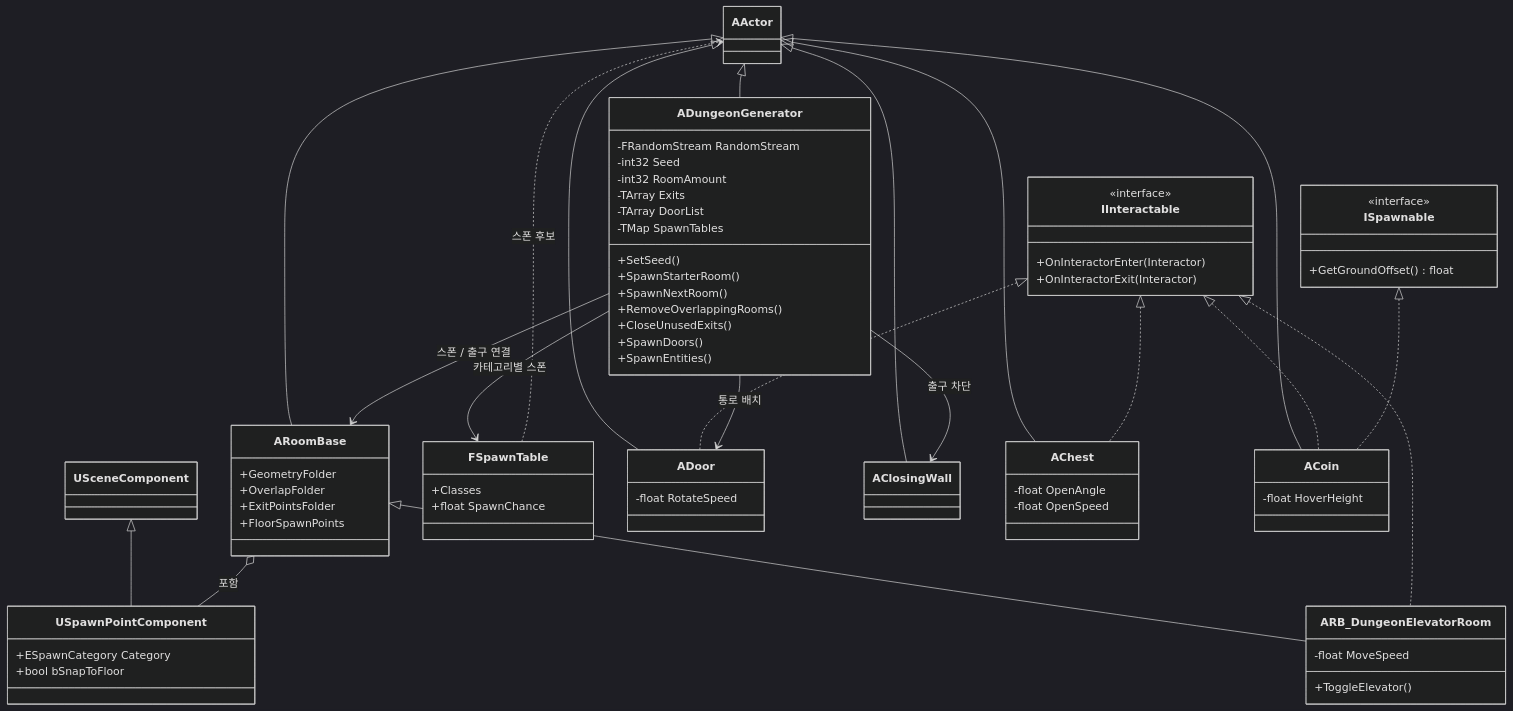
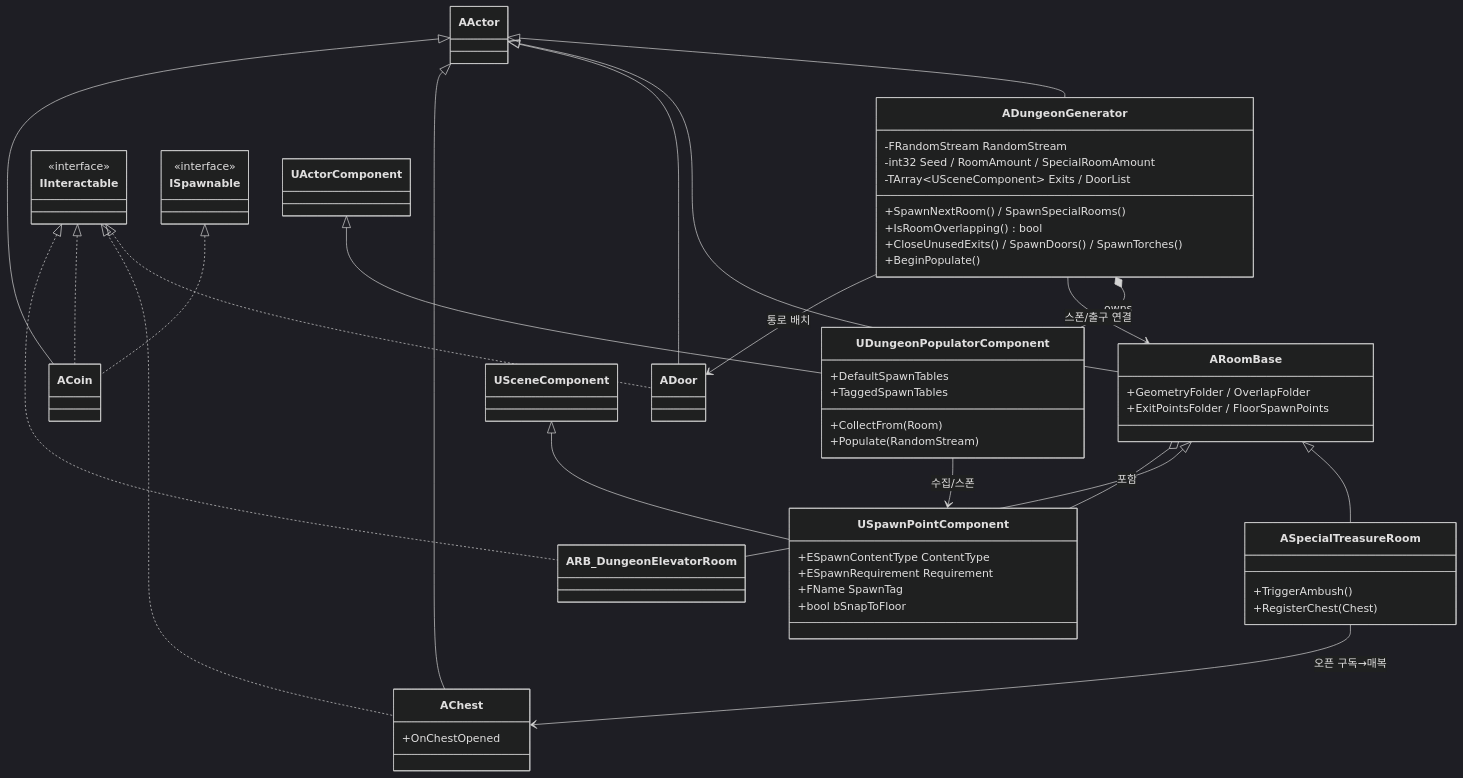
The first of 2 diagrams in README.md (Will-Big/AbyssGen), drawn with Mermaid (dark theme) before and after one commit. The commit also changed other lines of this file, not shown here.

First line of the commit message:
README를 현재 전투·몬스터·함정·Populator 구조로 갱신

````diff
--- a/README.md
+++ b/README.md
@@ -124,73 +196,51 @@
 ```mermaid
 classDiagram
-    class AActor
-    class USceneComponent
-
-    class IInteractable {
-        <<interface>>
-        +OnInteractorEnter(Interactor)
-        +OnInteractorExit(Interactor)
-    }
-    class ISpawnable {
-        <<interface>>
-        +GetGroundOffset() float
-    }
-
     class ADungeonGenerator {
         -FRandomStream RandomStream
-        -int32 Seed
-        -int32 RoomAmount
-        -TArray Exits
-        -TArray DoorList
-        -TMap SpawnTables
-        +SetSeed()
-        +SpawnStarterRoom()
-        +SpawnNextRoom()
-        +RemoveOverlappingRooms()
-        +CloseUnusedExits()
-        +SpawnDoors()
-        +SpawnEntities()
+        -int32 Seed / RoomAmount / SpecialRoomAmount
+        -TArray~USceneComponent~ Exits / DoorList
+        +SpawnNextRoom() / SpawnSpecialRooms()
+        +IsRoomOverlapping() bool
+        +CloseUnusedExits() / SpawnDoors() / SpawnTorches()
+        +BeginPopulate()
     }
-
+    class UDungeonPopulatorComponent {
+        +DefaultSpawnTables
+        +TaggedSpawnTables
+        +CollectFrom(Room)
+        +Populate(RandomStream)
+    }
     class ARoomBase {
-        +GeometryFolder
-        +OverlapFolder
-        +ExitPointsFolder
-        +FloorSpawnPoints
+        +GeometryFolder / OverlapFolder
+        +ExitPointsFolder / FloorSpawnPoints
     }
-    class ARB_DungeonElevatorRoom {
-        -float MoveSpeed
-        +ToggleElevator()
+    class ASpecialTreasureRoom {
+        +TriggerAmbush()
+        +RegisterChest(Chest)
     }
-
+    class ARB_DungeonElevatorRoom
     class USpawnPointComponent {
-        +ESpawnCategory Category
+        +ESpawnContentType ContentType
+        +ESpawnRequirement Requirement
+        +FName SpawnTag
         +bool bSnapToFloor
     }
-    class FSpawnTable {
-        +Classes
-        +float SpawnChance
+    class ADoor
+    class AChest {
+        +OnChestOpened
     }
-
-    class ADoor {
-        -float RotateSpeed
-    }
-    class AClosingWall
-    class AChest {
-        -float OpenAngle
-        -float OpenSpeed
-    }
-    class ACoin {
-        -float HoverHeight
-    }
+    class ACoin
+    class IInteractable { <<interface>> }
+    class ISpawnable { <<interface>> }
 
     AActor <|-- ADungeonGenerator
     AActor <|-- ARoomBase
+    ARoomBase <|-- ASpecialTreasureRoom
     ARoomBase <|-- ARB_DungeonElevatorRoom
     AActor <|-- ADoor
-    AActor <|-- AClosingWall
     AActor <|-- AChest
     AActor <|-- ACoin
+    UActorComponent <|-- UDungeonPopulatorComponent
     USceneComponent <|-- USpawnPointComponent
 
     IInteractable <|.. ADoor
@@ -199,10 +249,10 @@
     IInteractable <|.. ARB_DungeonElevatorRoom
     ISpawnable <|.. ACoin
 
-    ADungeonGenerator --> ARoomBase : 스폰 / 출구 연결
+    ADungeonGenerator *-- UDungeonPopulatorComponent : owns
+    ADungeonGenerator --> ARoomBase : 스폰/출구 연결
     ADungeonGenerator --> ADoor : 통로 배치
-    ADungeonGenerator --> AClosingWall : 출구 차단
-    ADungeonGenerator --> FSpawnTable : 카테고리별 스폰
     ARoomBase o-- USpawnPointComponent : 포함
-    FSpawnTable ..> AActor : 스폰 후보
+    UDungeonPopulatorComponent --> USpawnPointComponent : 수집/스폰
+    ASpecialTreasureRoom --> AChest : 오픈 구독→매복
 ```
````
